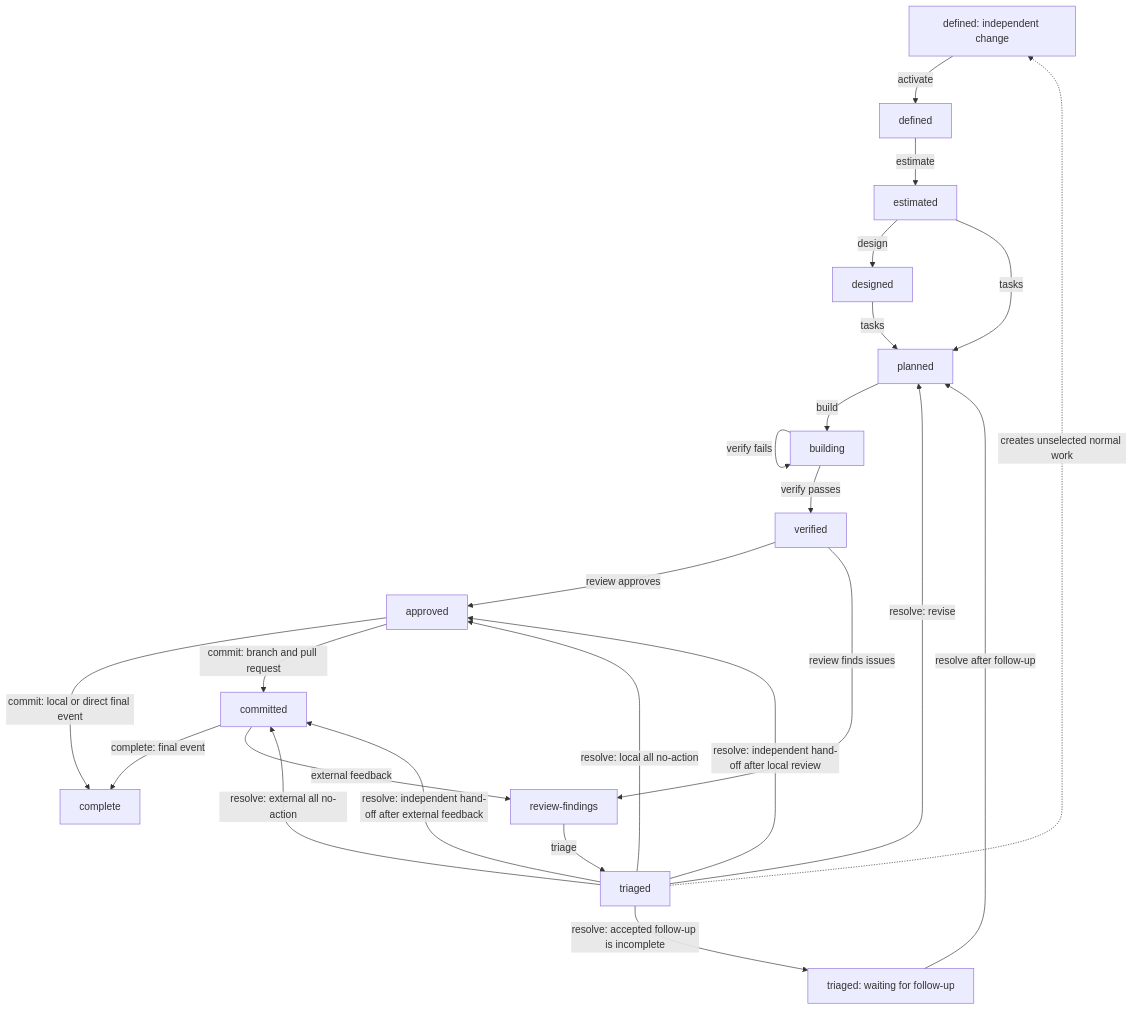
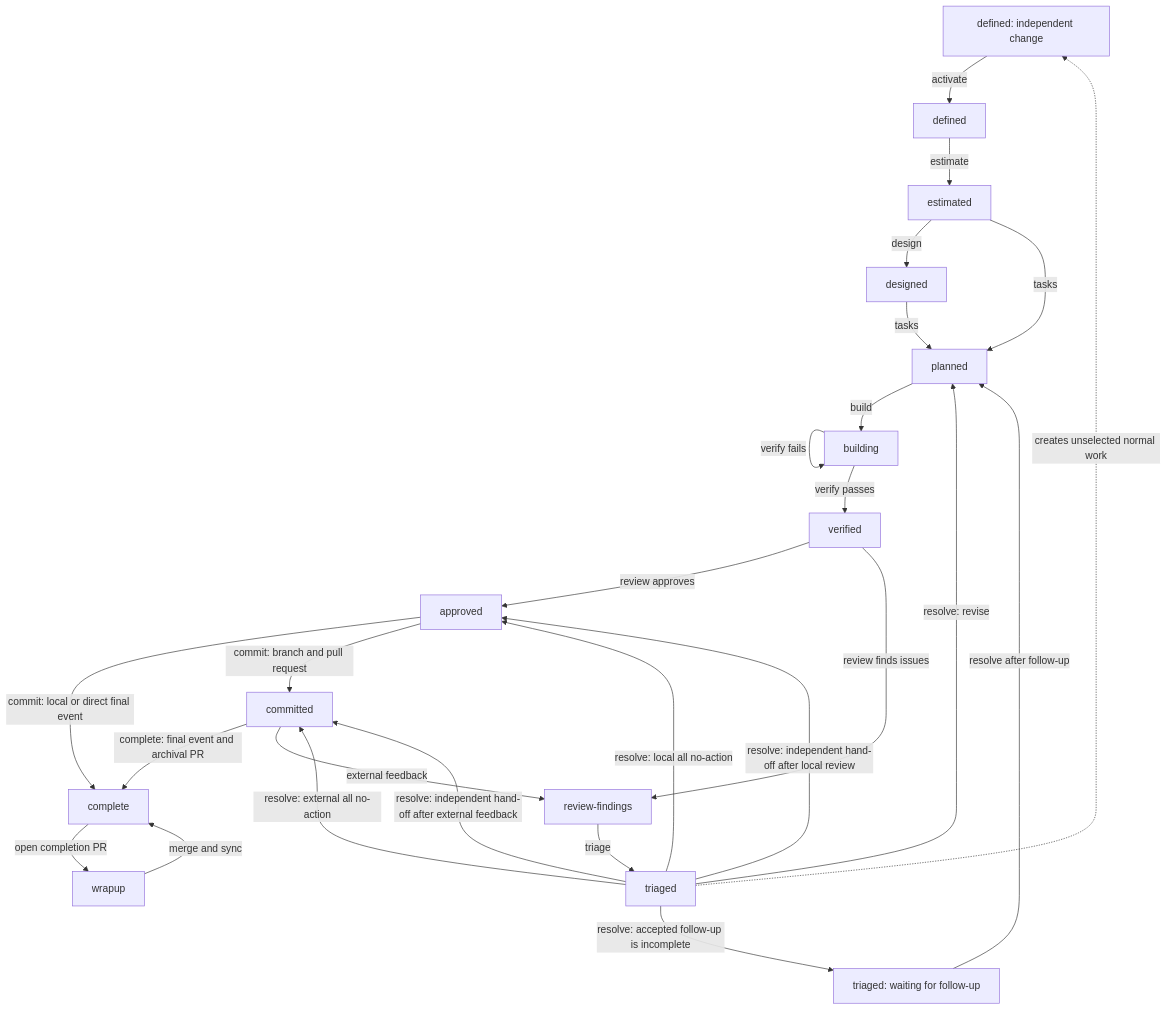
Before and after one commit to deeprave/specle: the first of 3 diagrams in docs/LIFECYCLE.md, drawn with Mermaid. The commit also changed other lines of this file and 92 other files, not shown here.

````diff
--- a/docs/LIFECYCLE.md
+++ b/docs/LIFECYCLE.md
@@ -72,27 +73,29 @@
 ```mermaid
 flowchart TB
   unselected_defined[unselected defined] -->|activate| defined
   defined -->|estimate| estimated
   estimated -->|design| designed
   estimated -->|tasks| planned
   designed -->|tasks| planned
   planned -->|build| building
   building -->|build| building
   building -->|verify passes| verified
   building -->|verify fails| building
   verified -->|review approves| approved
   approved -->|commit: local or direct final event| complete
   approved -->|commit: branch and pull request| committed
-  committed -->|complete: final event| complete
+  committed -->|complete: final event and archival PR| complete
+  complete -->|open completion PR| wrapup
+  wrapup -->|merge and sync| complete
   committed -->|external feedback| review_findings
   verified -->|review finds issues| review_findings[review-findings]
   review_findings -->|triage| triaged
   triaged -->|resolve: revise| planned
   triaged -->|resolve: accepted follow-up is incomplete| waiting[triaged: waiting for follow-up]
   waiting -->|resolve after follow-up| planned
   triaged -->|resolve: local all no-action| approved
   triaged -->|resolve: external all no-action| committed
   triaged -->|resolve: independent hand-off after local review| approved
   triaged -->|resolve: independent hand-off after external feedback| committed
   triaged -.->|creates unselected normal work| unselected_defined[defined: independent change]
 ```
````
